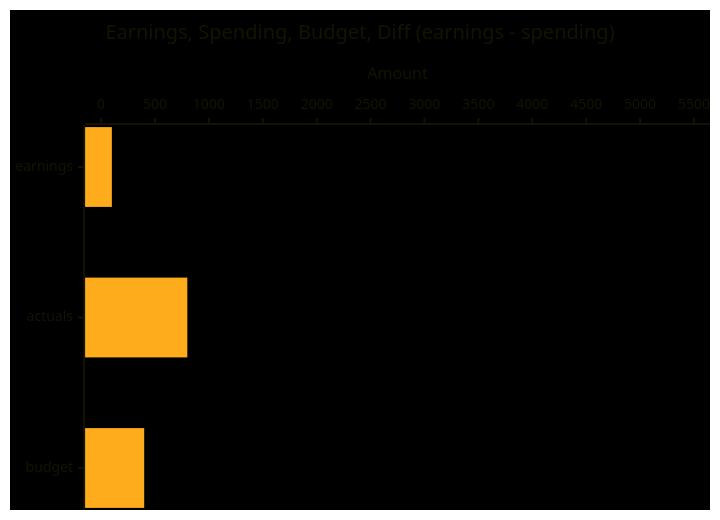
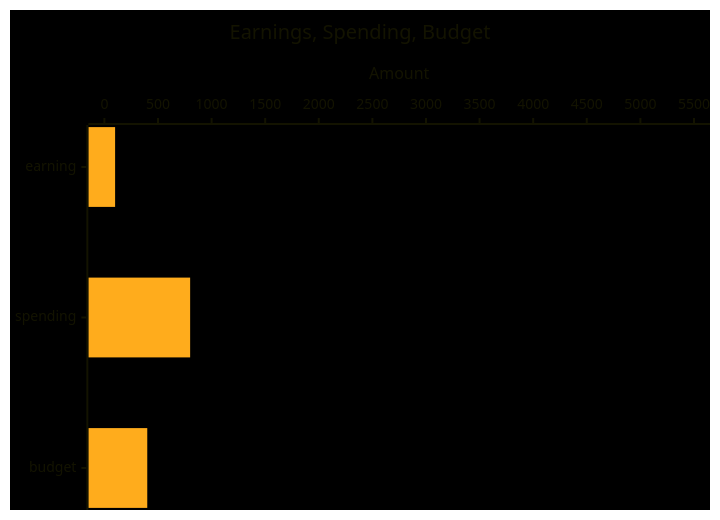
Before and after one commit to Indyandie/yosan: the second of 5 diagrams in data/template/2024-07/2024-07-budget.md, drawn with Mermaid. The commit also changed other lines of this file and 9 other files, not shown here.

````diff
--- a/data/template/2024-07/2024-07-budget.md
+++ b/data/template/2024-07/2024-07-budget.md
@@ -28,14 +29,14 @@
 ```mermaid
 --- 
 config: 
    themeVariables:
       xyChart: 
          backgroundColor: "#000"
          plotColorPalette: "#ffac1c, #097969"
 ---
 xychart-beta horizontal
-    title "Earnings, Spending, Budget, Diff (earnings - spending)"
+    title "Earnings, Spending, Budget"
     y-axis "Amount" 0 --> 5500
-    x-axis [earnings, actuals, budget]
+    x-axis [earning, spending, budget]
     bar [100.00, 800.00, 400.00]
 ```
````
